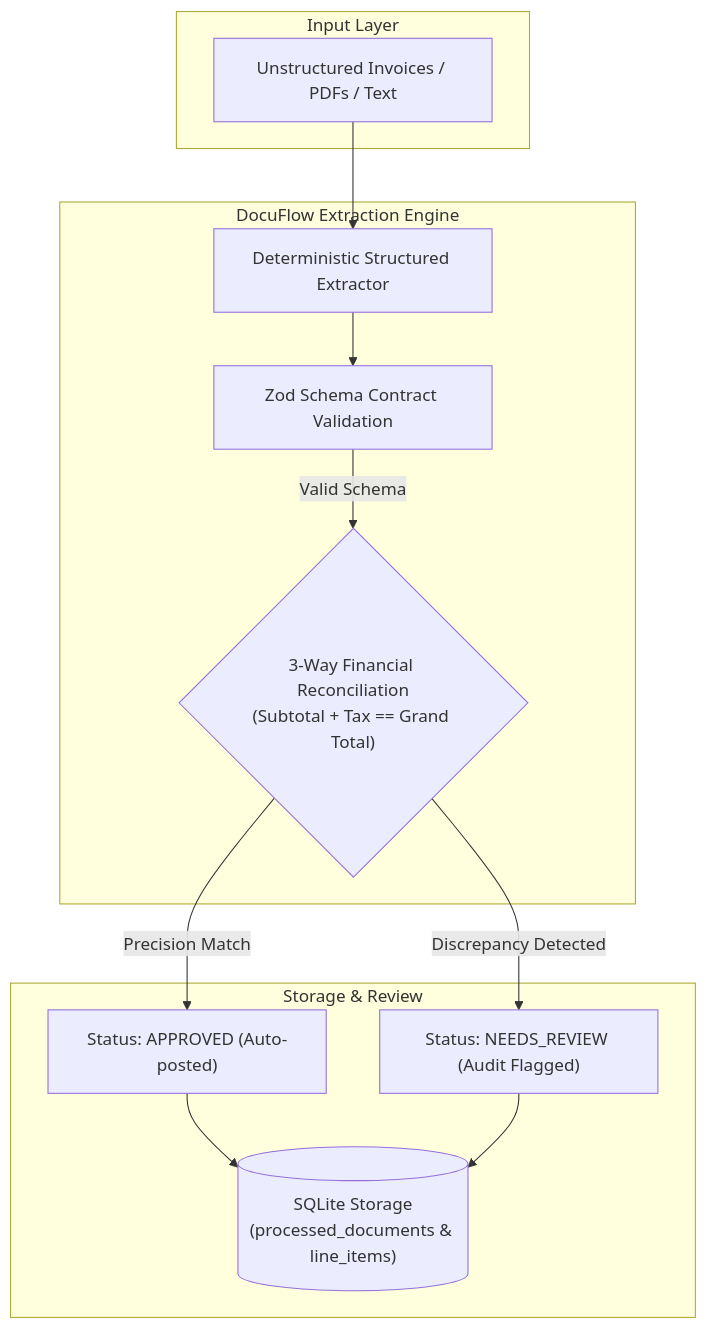
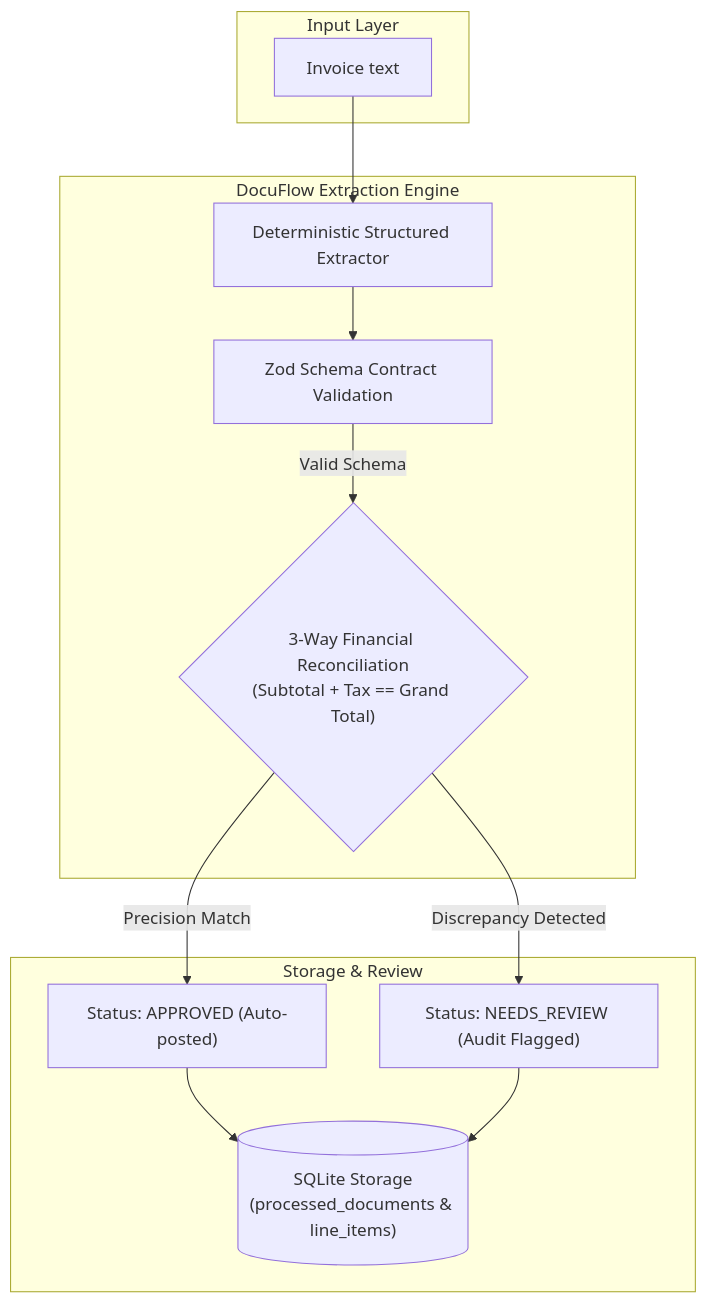
Before and after one commit to Alemarpapa/docuflow-extractor: the diagram in README.md, drawn with Mermaid. The commit also changed other lines of this file, not shown here.

````diff
--- a/README.md
+++ b/README.md
@@ -16,26 +16,26 @@
 ```mermaid
 flowchart TD
     subgraph Ingestion["Input Layer"]
-        DOC["Unstructured Invoices / PDFs / Text"]
+        DOC["Invoice text"]
     end
 
     subgraph Engine["DocuFlow Extraction Engine"]
         Parser["Deterministic Structured Extractor"]
         ZodContract["Zod Schema Contract Validation"]
         Reconcile{"3-Way Financial Reconciliation<br/>(Subtotal + Tax == Grand Total)"}
     end
 
     subgraph Persistence["Storage & Review"]
         DB[("SQLite Storage<br/>(processed_documents & line_items)")]
         Approved["Status: APPROVED (Auto-posted)"]
         Review["Status: NEEDS_REVIEW (Audit Flagged)"]
     end
 
     DOC --> Parser
     Parser --> ZodContract
     ZodContract -->|Valid Schema| Reconcile
     Reconcile -->|Precision Match| Approved
     Reconcile -->|Discrepancy Detected| Review
     Approved --> DB
     Review --> DB
 ```
````
